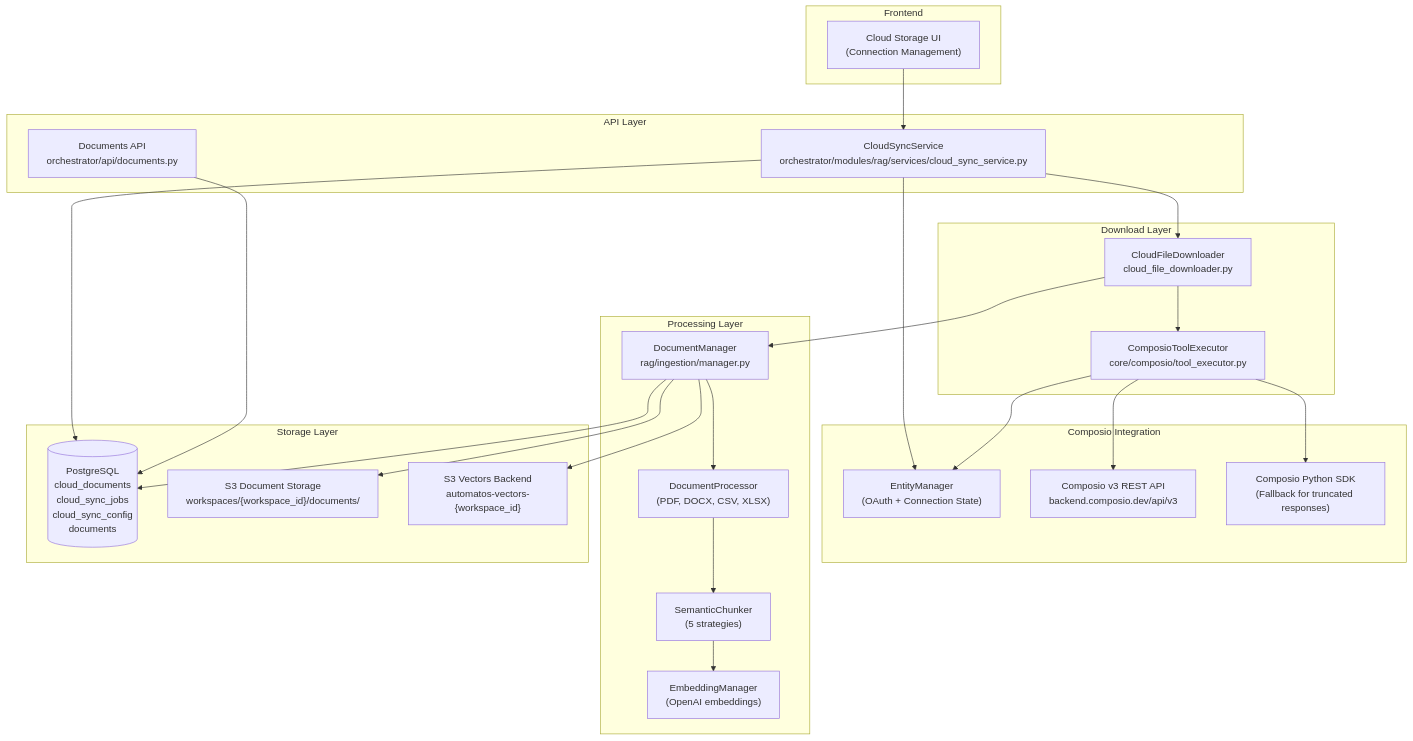
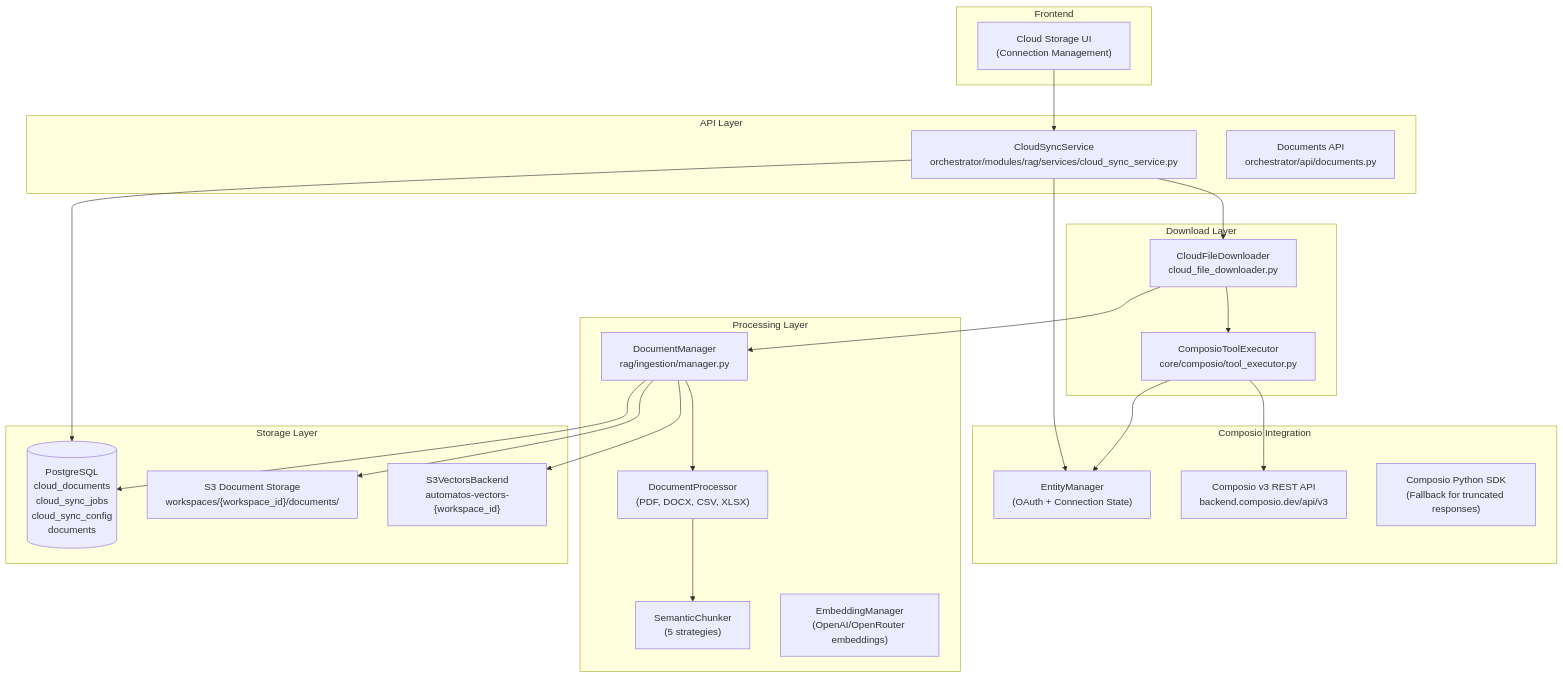
The first of 3 diagrams in docs/knowledge-base-rag/cloud-storage-integration.md (AutomatosAI/automatos-ai), drawn with Mermaid before and after one commit. The commit also changed other lines of this file and 149 other files, not shown here.

Commit message:
docs: refresh documentation with graphify semantic scan

````diff
--- a/docs/knowledge-base-rag/cloud-storage-integration.md
+++ b/docs/knowledge-base-rag/cloud-storage-integration.md
@@ -35,55 +46,52 @@
 ```mermaid
 graph TB
     subgraph "Frontend"
         UI["Cloud Storage UI<br/>(Connection Management)"]
     end
     
     subgraph "API Layer"
         CloudAPI["CloudSyncService<br/>orchestrator/modules/rag/services/cloud_sync_service.py"]
         DocsAPI["Documents API<br/>orchestrator/api/documents.py"]
     end
     
     subgraph "Download Layer"
         Downloader["CloudFileDownloader<br/>cloud_file_downloader.py"]
         ComposioExec["ComposioToolExecutor<br/>core/composio/tool_executor.py"]
     end
     
     subgraph "Composio Integration"
         EntityMgr["EntityManager<br/>(OAuth + Connection State)"]
         ComposioAPI["Composio v3 REST API<br/>backend.composio.dev/api/v3"]
         ComposioSDK["Composio Python SDK<br/>(Fallback for truncated responses)"]
     end
     
     subgraph "Processing Layer"
         DocManager["DocumentManager<br/>rag/ingestion/manager.py"]
         Processor["DocumentProcessor<br/>(PDF, DOCX, CSV, XLSX)"]
         Chunker["SemanticChunker<br/>(5 strategies)"]
-        EmbedMgr["EmbeddingManager<br/>(OpenAI embeddings)"]
+        EmbedMgr["EmbeddingManager<br/>(OpenAI/OpenRouter embeddings)"]
     end
     
     subgraph "Storage Layer"
         PostgreSQL[("PostgreSQL<br/>cloud_documents<br/>cloud_sync_jobs<br/>cloud_sync_config<br/>documents")]
         S3Storage["S3 Document Storage<br/>workspaces/{workspace_id}/documents/"]
-        S3Vectors["S3 Vectors Backend<br/>automatos-vectors-{workspace_id}"]
+        S3Vectors["S3VectorsBackend<br/>automatos-vectors-{workspace_id}"]
     end
     
     UI --> CloudAPI
     CloudAPI --> Downloader
     CloudAPI --> EntityMgr
     Downloader --> ComposioExec
     ComposioExec --> EntityMgr
     ComposioExec --> ComposioAPI
-    ComposioExec --> ComposioSDK
     
     Downloader --> DocManager
     DocManager --> Processor
     Processor --> Chunker
-    Chunker --> EmbedMgr
     
     DocManager --> S3Storage
     DocManager --> S3Vectors
     
     CloudAPI --> PostgreSQL
     DocManager --> PostgreSQL
-    DocsAPI --> PostgreSQL
 ```
````
